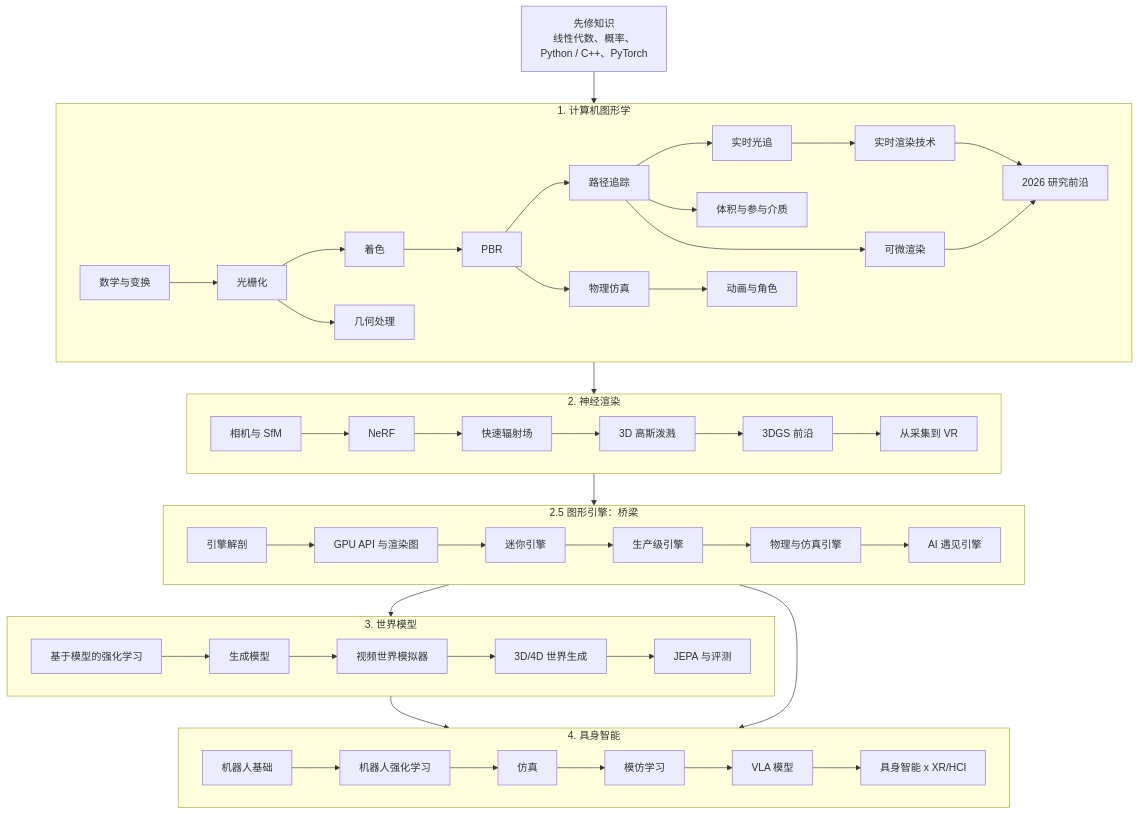
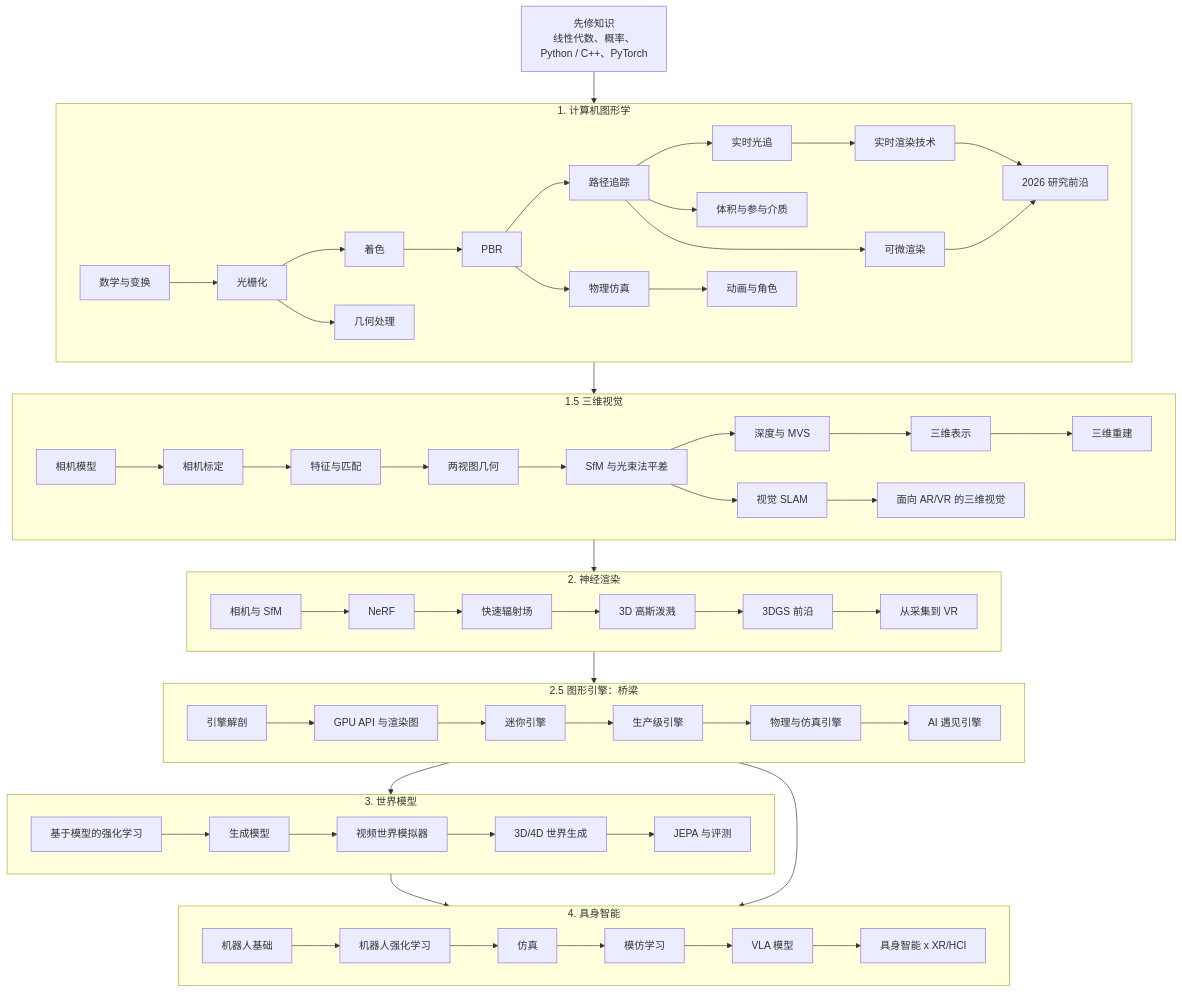
The diagram in _posts/zh-cn/2026-10-27-roadmap-01-learning-roadmap.md (Amadeusyzh/Takuyy), drawn with Mermaid before and after one commit. The commit also changed other lines of this file and 2 other files, not shown here.

First line of the commit message:
Roadmap: add stage 1.5, 3D vision, between graphics and neural rendering

````diff
--- a/_posts/zh-cn/2026-10-27-roadmap-01-learning-roadmap.md
+++ b/_posts/zh-cn/2026-10-27-roadmap-01-learning-roadmap.md
@@ -21,37 +21,44 @@
 ```mermaid
 flowchart TB
   P[先修知识<br/>线性代数、概率、<br/>Python / C++、PyTorch] --> G
   subgraph G[1. 计算机图形学]
     direction LR
     G1[数学与变换] --> G2[光栅化] --> G3[着色] --> G4[PBR] --> G5[路径追踪] --> G6[实时光追]
     G4 --> G7[物理仿真]
     G2 --> G8[几何处理]
     G7 --> G9[动画与角色]
     G5 --> G10[体积与参与介质]
     G5 --> G12[可微渲染]
     G6 --> G11[实时渲染技术]
     G11 --> G13[2026 研究前沿]
     G12 --> G13
   end
-  G --> N
+  G --> V
+  subgraph V[1.5 三维视觉]
+    direction LR
+    V1[相机模型] --> V2[相机标定] --> V3[特征与匹配] --> V4[两视图几何] --> V5[SfM 与光束法平差] --> V6[视觉 SLAM]
+    V5 --> V7[深度与 MVS] --> V8[三维表示] --> V9[三维重建]
+    V6 --> V10[面向 AR/VR 的三维视觉]
+  end
+  V --> N
   subgraph N[2. 神经渲染]
     direction LR
     N1[相机与 SfM] --> N2[NeRF] --> N3[快速辐射场] --> N4[3D 高斯泼溅] --> N5[3DGS 前沿] --> N6[从采集到 VR]
   end
   N --> X
   subgraph X[2.5 图形引擎：桥梁]
     direction LR
     X1[引擎解剖] --> X2[GPU API 与渲染图] --> X3[迷你引擎] --> X4[生产级引擎] --> X5[物理与仿真引擎] --> X6[AI 遇见引擎]
   end
   X --> W
   subgraph W[3. 世界模型]
     direction LR
     W1[基于模型的强化学习] --> W2[生成模型] --> W3[视频世界模拟器] --> W4[3D/4D 世界生成] --> W5[JEPA 与评测]
   end
   W --> E
   X --> E
   subgraph E[4. 具身智能]
     direction LR
     E1[机器人基础] --> E2[机器人强化学习] --> E3[仿真] --> E4[模仿学习] --> E5[VLA 模型] --> E6[具身智能 x XR/HCI]
   end
 ```
````
